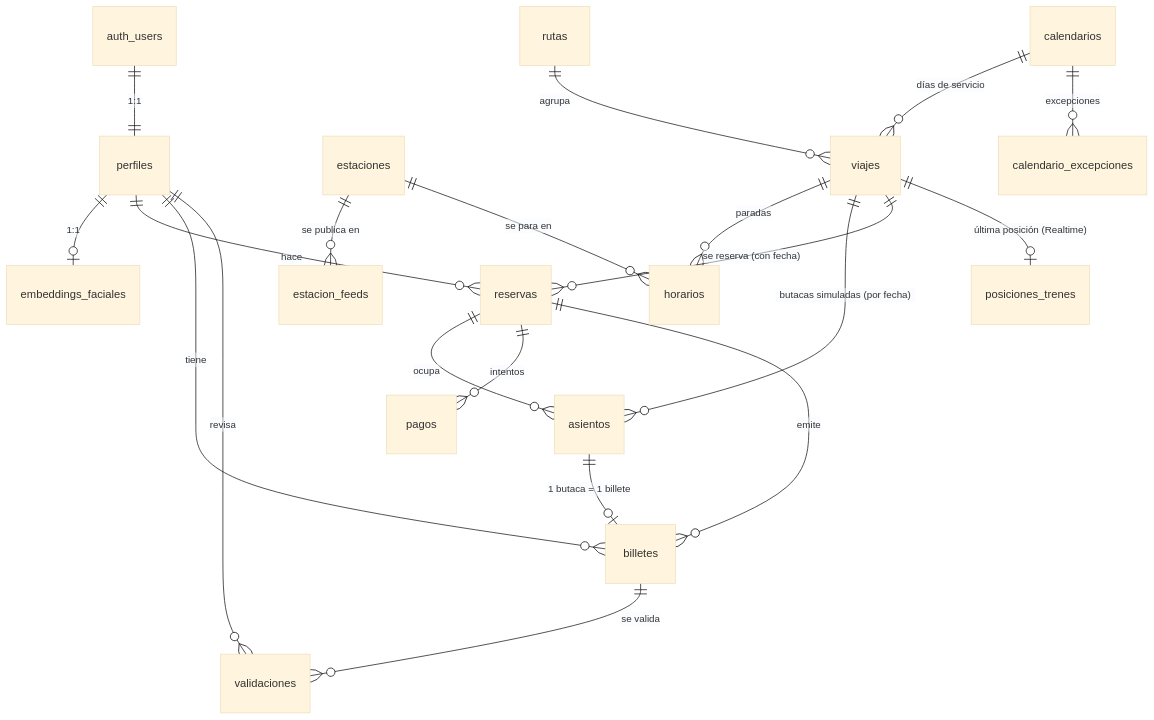
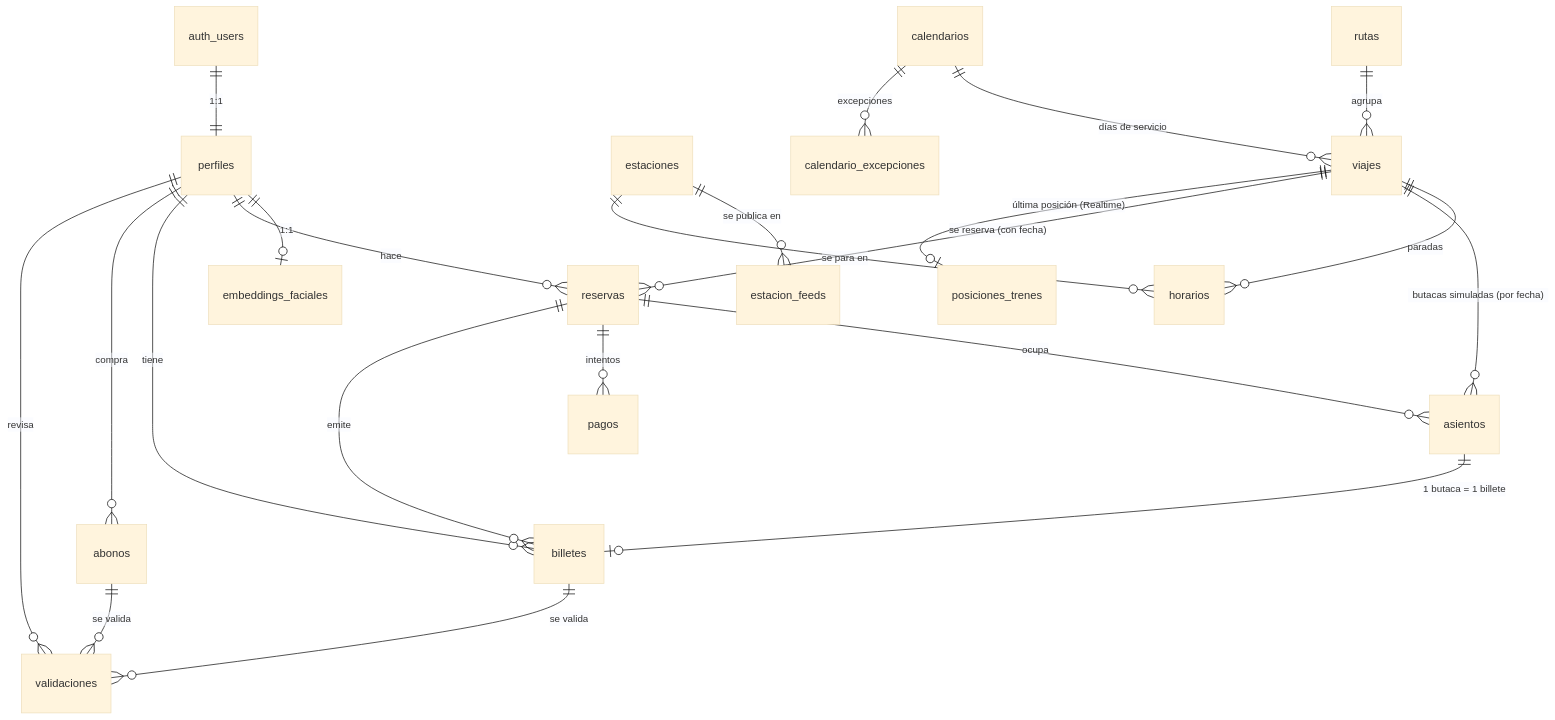
One commit to Alex-Oses/renfe-app changed the diagram in obsidian/02-contratos-api/modelo-datos.md. Above: the diagram before and after it, drawn with Mermaid (base theme). The commit also changed other lines of this file and 2 other files, not shown here.

Commit message:
feat(db): migracion de reservas, billetes y abonos

````diff
--- a/obsidian/02-contratos-api/modelo-datos.md
+++ b/obsidian/02-contratos-api/modelo-datos.md
@@ -39,25 +39,27 @@
 ```mermaid
 erDiagram
   auth_users ||--|| perfiles : "1:1"
   perfiles ||--o| embeddings_faciales : "1:1"
   perfiles ||--o{ reservas : "hace"
   perfiles ||--o{ billetes : "tiene"
+  perfiles ||--o{ abonos : "compra"
   perfiles ||--o{ validaciones : "revisa"
 
   estaciones ||--o{ estacion_feeds : "se publica en"
   estaciones ||--o{ horarios : "se para en"
   rutas ||--o{ viajes : "agrupa"
   calendarios ||--o{ viajes : "días de servicio"
   calendarios ||--o{ calendario_excepciones : "excepciones"
   viajes ||--o{ horarios : "paradas"
 
   viajes ||--o{ asientos : "butacas simuladas (por fecha)"
   viajes ||--o{ reservas : "se reserva (con fecha)"
   reservas ||--o{ asientos : "ocupa"
   reservas ||--o{ pagos : "intentos"
   reservas ||--o{ billetes : "emite"
   asientos ||--o| billetes : "1 butaca = 1 billete"
   billetes ||--o{ validaciones : "se valida"
+  abonos ||--o{ validaciones : "se valida"
 
   viajes ||--o| posiciones_trenes : "última posición (Realtime)"
 ```
````
